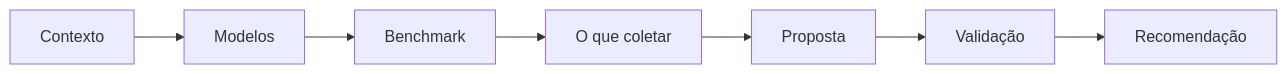
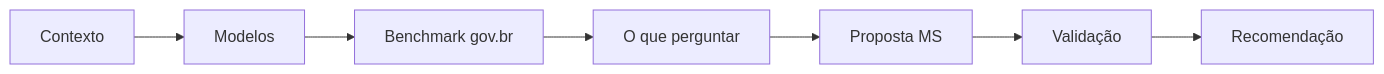
One commit to fabioramos-02/avaliacao-de-servicos changed the diagram in docs/index.md. Above: the diagram before and after it, drawn with Mermaid. The commit also changed other lines of this file and 18 other files, not shown here.

Commit message:
docs: establish benchmark documentation for gov.br evaluation models and project infrastructure

````diff
--- a/docs/index.md
+++ b/docs/index.md
@@ -16,9 +44,9 @@
 ```mermaid
 graph LR
     A[Contexto] --> B[Modelos]
-    B --> C[Benchmark]
-    C --> D[O que coletar]
-    D --> E[Proposta]
+    B --> C[Benchmark gov.br]
+    C --> D[O que perguntar]
+    D --> E[Proposta MS]
     E --> F[Validação]
     F --> G[Recomendação]
 ```
````
